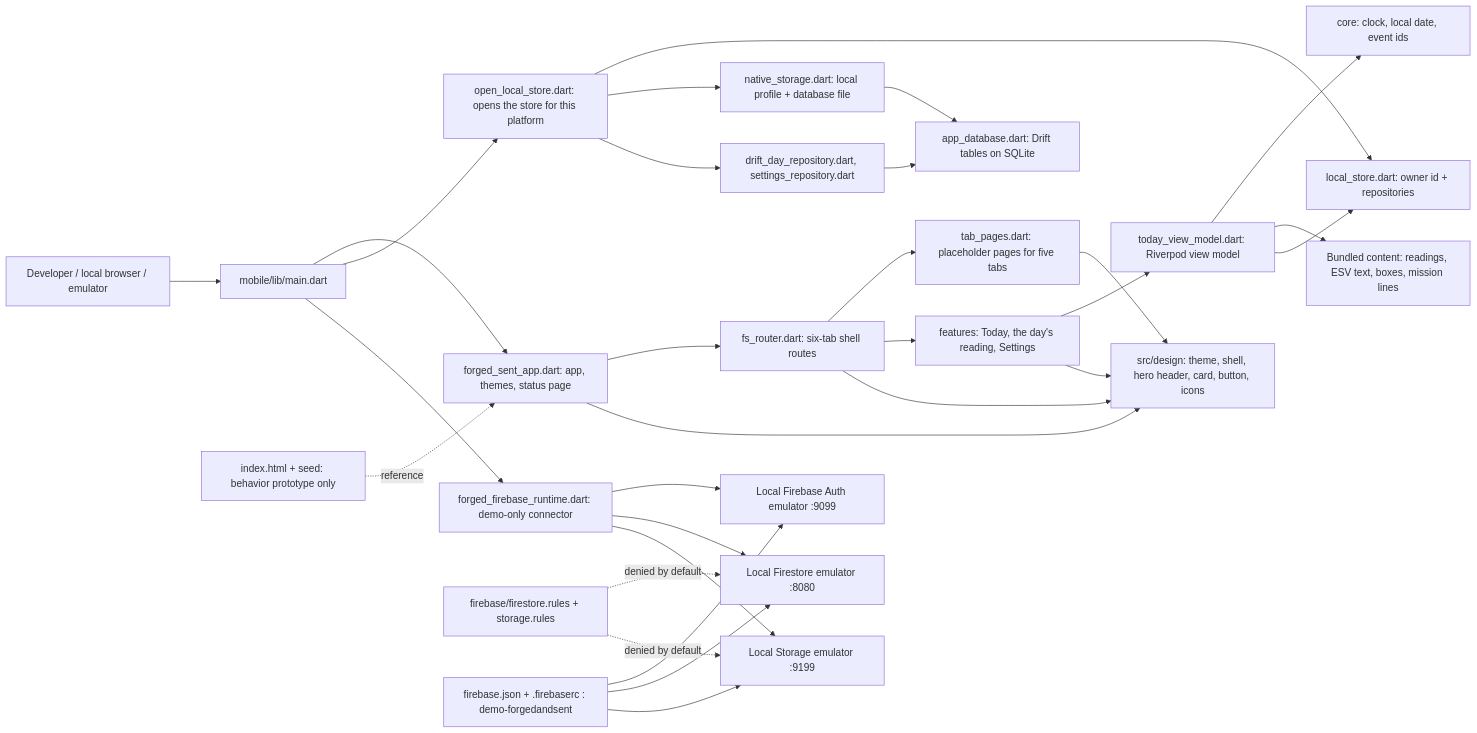
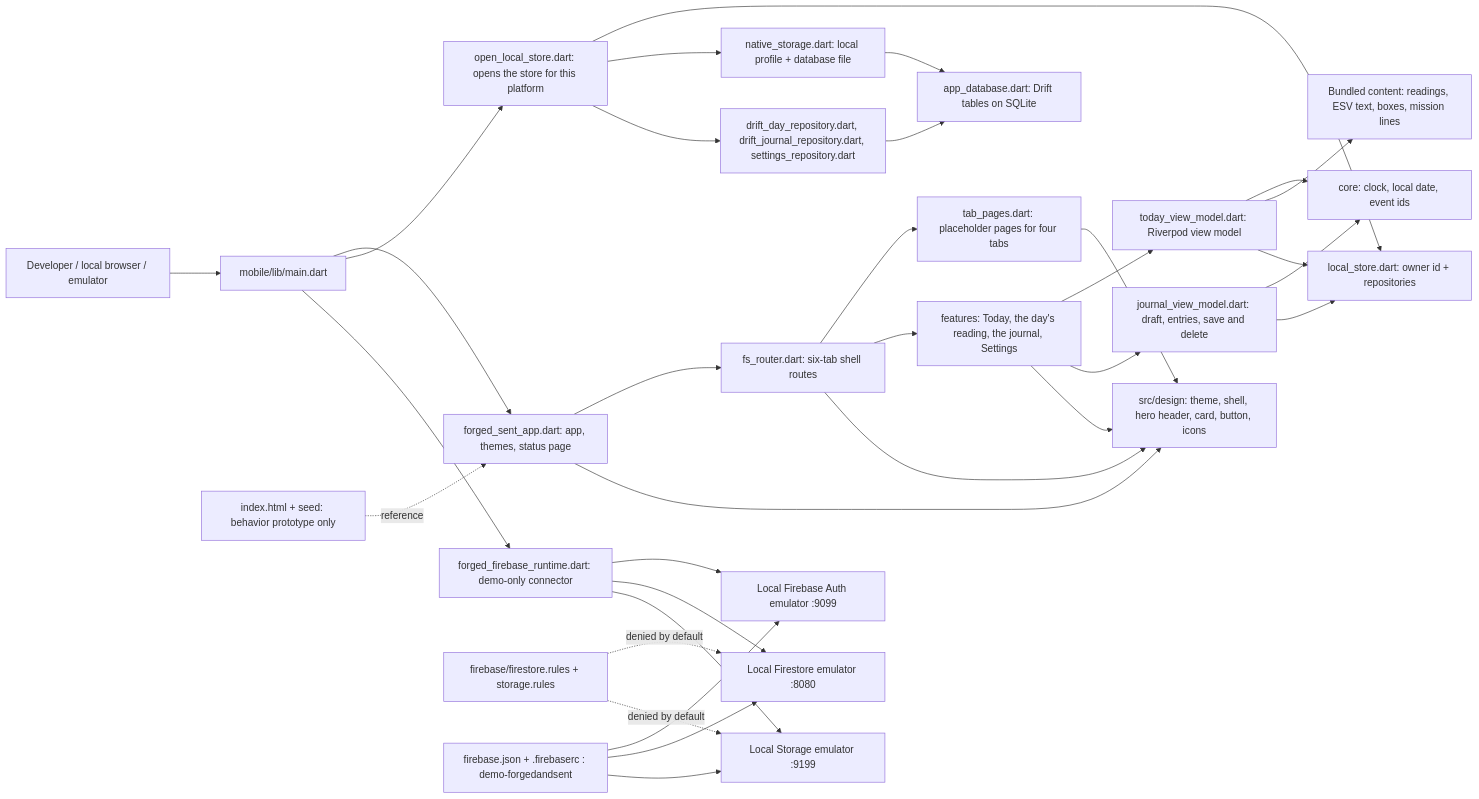
The first of 3 diagrams in docs/architecture/SYSTEM.md (Forged-Sent/ForgedAndSentFitness), drawn with Mermaid before and after one commit. The commit also changed other lines of this file and 65 other files, not shown here.

````diff
--- a/docs/architecture/SYSTEM.md
+++ b/docs/architecture/SYSTEM.md
@@ -7,32 +7,35 @@
 ```mermaid
 flowchart LR
     Person[Developer / local browser / emulator] --> Entry[mobile/lib/main.dart]
     Entry --> UI[forged_sent_app.dart: app, themes, status page]
     UI --> Router[fs_router.dart: six-tab shell routes]
-    Router --> Pages[tab_pages.dart: placeholder pages for five tabs]
-    Router --> Screens[features: Today, the day's reading, Settings]
+    Router --> Pages[tab_pages.dart: placeholder pages for four tabs]
+    Router --> Screens[features: Today, the day's reading, the journal, Settings]
     Screens --> VM[today_view_model.dart: Riverpod view model]
+    Screens --> JVM[journal_view_model.dart: draft, entries, save and delete]
+    JVM --> Core
+    JVM --> LocalStore
     Screens --> Design
     VM --> Core[core: clock, local date, event ids]
     VM --> Content[Bundled content: readings, ESV text, boxes, mission lines]
     VM --> LocalStore[local_store.dart: owner id + repositories]
     Entry --> Open[open_local_store.dart: opens the store for this platform]
     Open --> LocalStore
     Open --> Native[native_storage.dart: local profile + database file]
-    Open --> Repos[drift_day_repository.dart, settings_repository.dart]
+    Open --> Repos[drift_day_repository.dart, drift_journal_repository.dart, settings_repository.dart]
     Repos --> Sqlite[app_database.dart: Drift tables on SQLite]
     Native --> Sqlite
     UI --> Design[src/design: theme, shell, hero header, card, button, icons]
     Router --> Design
     Pages --> Design
     Entry --> Runtime[forged_firebase_runtime.dart: demo-only connector]
     Runtime --> Auth[Local Firebase Auth emulator :9099]
     Runtime --> DB[Local Firestore emulator :8080]
     Runtime --> Store[Local Storage emulator :9199]
     Rules[firebase/firestore.rules + storage.rules] -. denied by default .-> DB
     Rules -. denied by default .-> Store
     Demo[firebase.json + .firebaserc : demo-forgedandsent] --> Auth
     Demo --> DB
     Demo --> Store
     Legacy[index.html + seed: behavior prototype only] -. reference .-> UI
 ```
````
